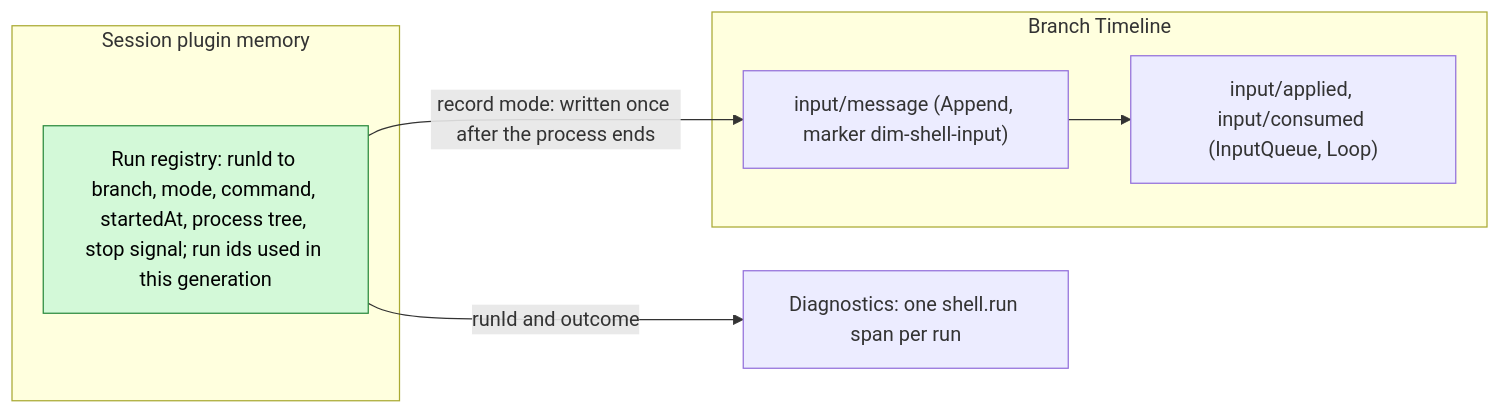
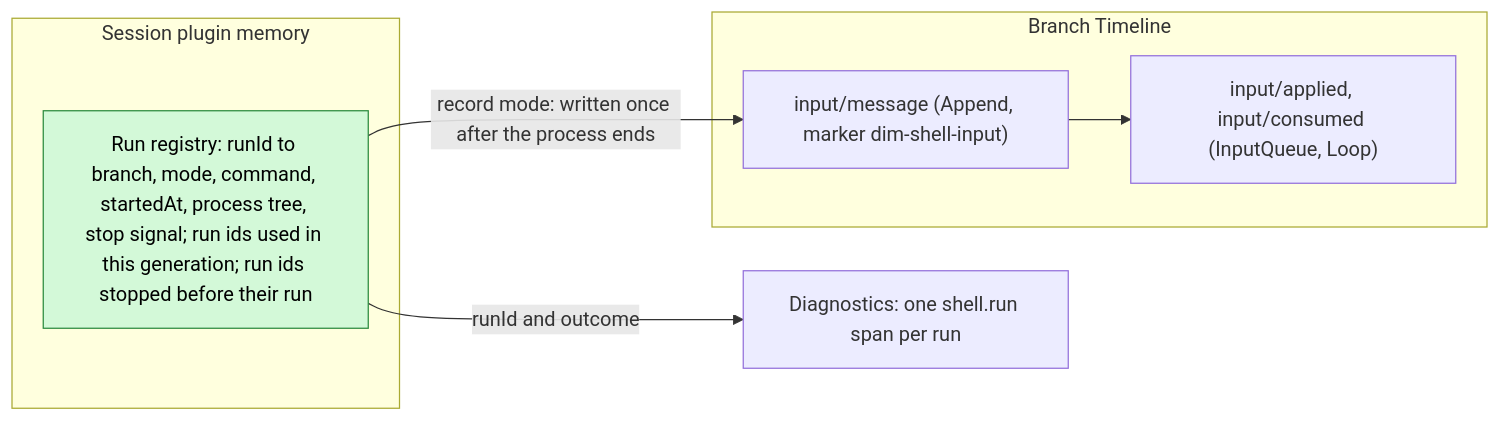
The second of 3 diagrams in docs/design/plugins/ShellInput.md (CoutinhoTTS/dim-agent), drawn with Mermaid before and after one commit. The commit also changed other lines of this file and 10 other files, not shown here.

````diff
--- a/docs/design/plugins/ShellInput.md
+++ b/docs/design/plugins/ShellInput.md
@@ -50,15 +50,15 @@
 ```mermaid
 flowchart LR
   subgraph MEM["Session plugin memory"]
-    RR["Run registry: runId to branch, mode, command, startedAt, process tree, stop signal; run ids used in this generation"]:::new
+    RR["Run registry: runId to branch, mode, command, startedAt, process tree, stop signal; run ids used in this generation; run ids stopped before their run"]:::new
   end
   subgraph TL["Branch Timeline"]
     IM["input/message (Append, marker dim-shell-input)"]
     IA["input/applied, input/consumed (InputQueue, Loop)"]
   end
   DG["Diagnostics: one shell.run span per run"]
   RR -- "record mode: written once after the process ends" --> IM
   IM --> IA
   RR -- "runId and outcome" --> DG
   classDef new fill:#d3f9d8,stroke:#2b8a3e,color:#000
 ```
````
